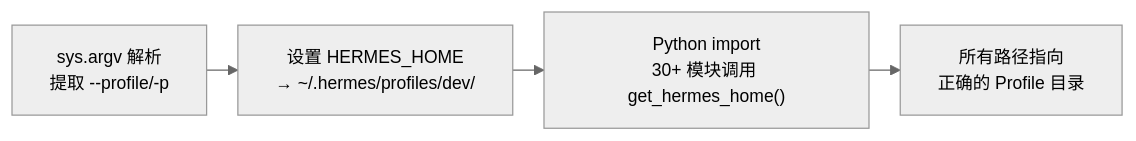
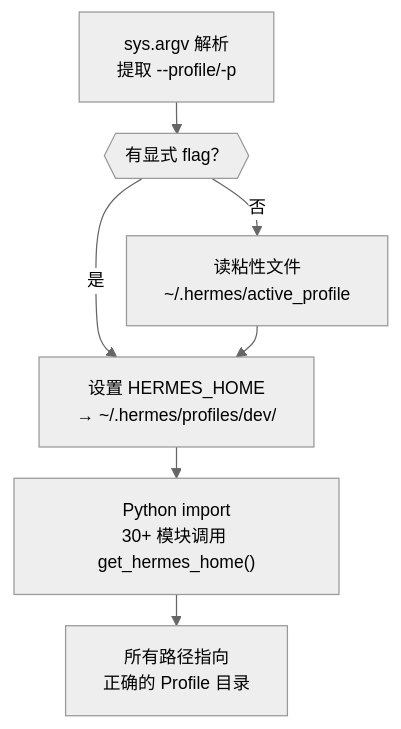
One commit to fang-lin/hermes-agent-code-analysis changed the first of 4 diagrams in docs/zh/01-基础设施层.md. Above: the diagram before and after it, drawn with Mermaid. The commit also changed other lines of this file and 5 other files, not shown here.

````diff
--- a/docs/zh/01-基础设施层.md
+++ b/docs/zh/01-基础设施层.md
@@ -124,7 +135,10 @@
 ```mermaid
 %%{init: {"theme": "neutral", "themeVariables": {"fontSize": "14px"}, "flowchart": {"nodeSpacing": 15, "rankSpacing": 25}}}%%
-flowchart LR
-    A["sys.argv 解析<br/>提取 --profile/-p"] --> B["设置 HERMES_HOME<br/>→ ~/.hermes/profiles/dev/"]
+flowchart TD
+    A["sys.argv 解析<br/>提取 --profile/-p"] --> S{{"有显式 flag？"}}
+    S -->|否| ST["读粘性文件<br/>~/.hermes/active_profile"]
+    S -->|是| B
+    ST --> B["设置 HERMES_HOME<br/>→ ~/.hermes/profiles/dev/"]
     B --> C["Python import<br/>30+ 模块调用 get_hermes_home#40;#41;"]
     C --> D["所有路径指向<br/>正确的 Profile 目录"]
 ```
````
